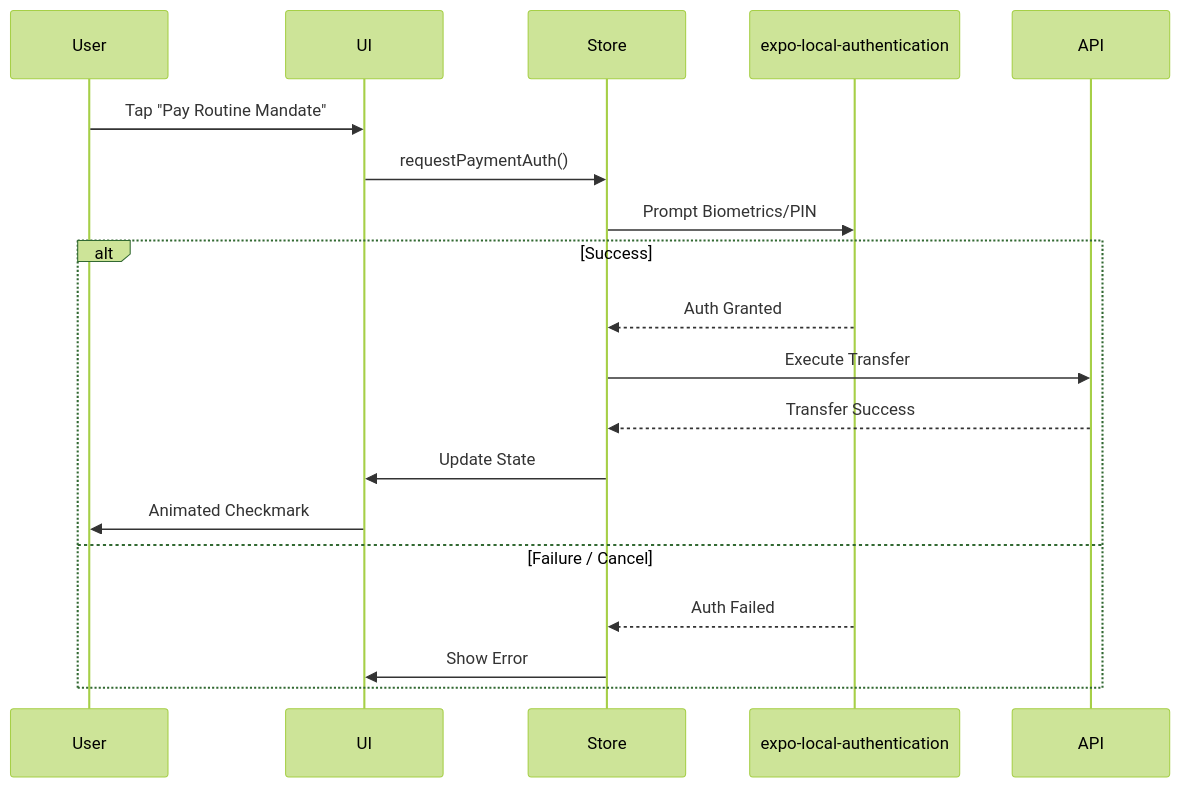
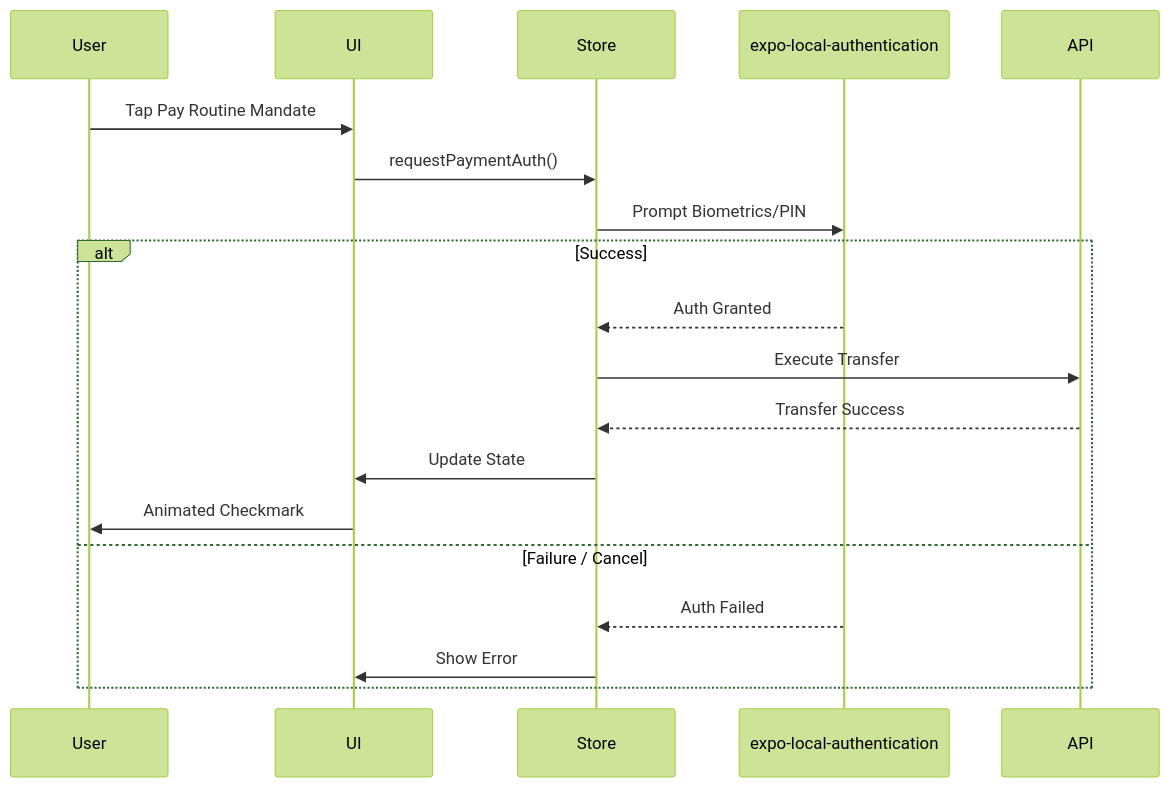
The sixth of 7 diagrams in docs/architecture/frontend.md (Neutron-0/ABC-Bank), drawn with Mermaid (forest theme) before and after one commit. The commit also changed other lines of this file and 33 other files, not shown here.

````diff
--- a/docs/architecture/frontend.md
+++ b/docs/architecture/frontend.md
@@ -177,23 +177,23 @@
 ```mermaid
 sequenceDiagram
     participant User
     participant UI
     participant Store
     participant Auth as expo-local-authentication
     participant API
     
-    User->>UI: Tap "Pay Routine Mandate"
+    User->>UI: Tap Pay Routine Mandate
     UI->>Store: requestPaymentAuth()
     Store->>Auth: Prompt Biometrics/PIN
     
     alt Success
         Auth-->>Store: Auth Granted
         Store->>API: Execute Transfer
         API-->>Store: Transfer Success
         Store->>UI: Update State
         UI->>User: Animated Checkmark
     else Failure / Cancel
         Auth-->>Store: Auth Failed
         Store->>UI: Show Error
     end
 ```
````
